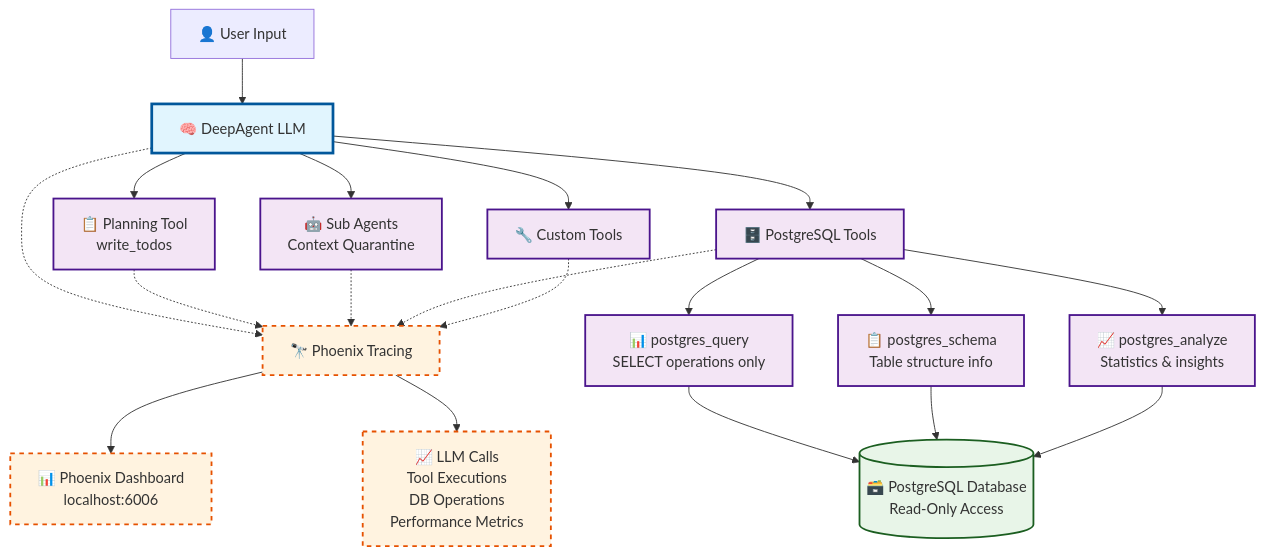
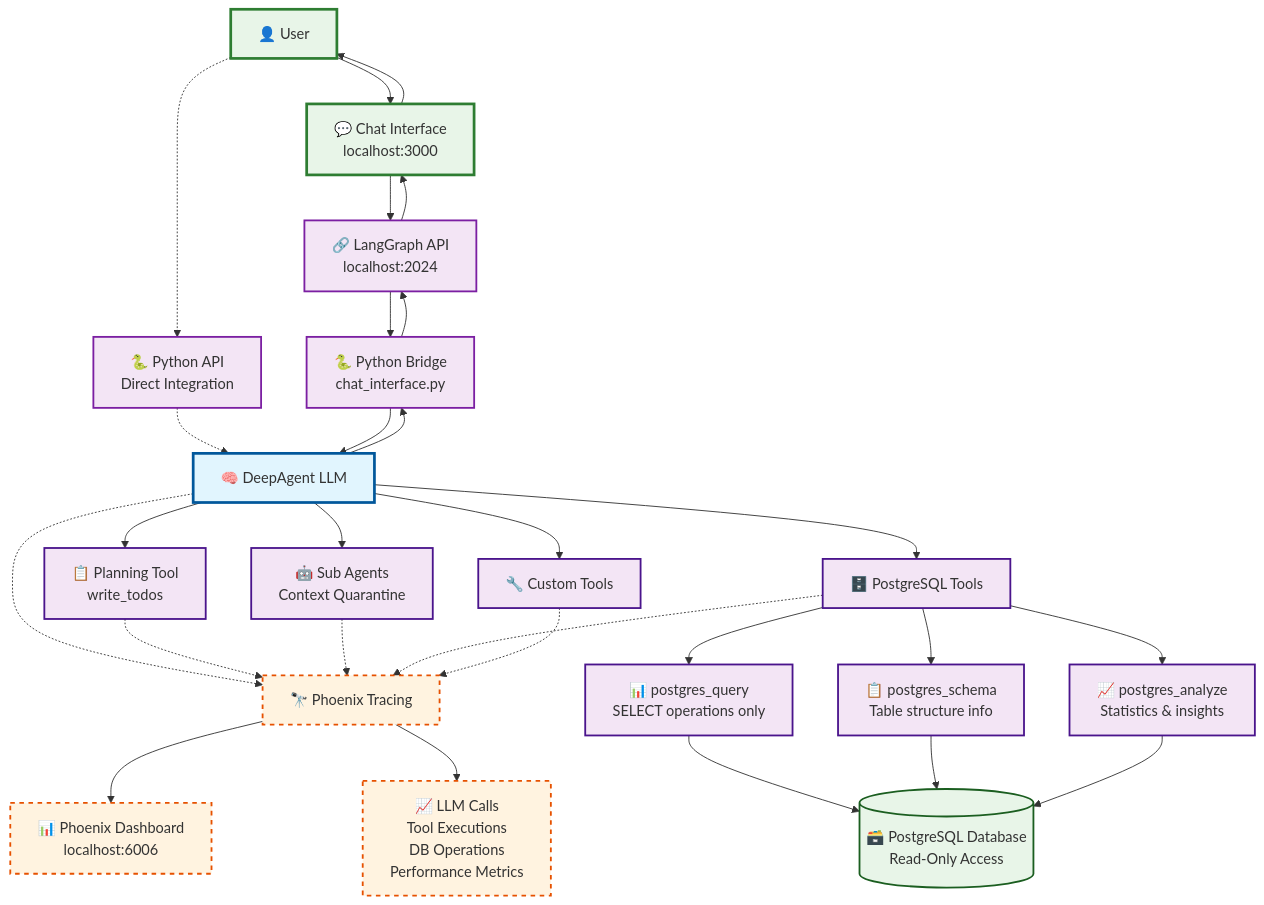
The diagram in README.md (csreekrishna/deepagent_postgres), drawn with Mermaid before and after one commit. The commit also changed other lines of this file, not shown here.

First line of the commit message:
docs: Complete documentation overhaul for Chat UI integration

````diff
--- a/README.md
+++ b/README.md
@@ -10,38 +23,58 @@
 ```mermaid
 graph TB
-    User[👤 User Input] --> Agent[🧠 DeepAgent LLM]
+    %% Chat Interface Path
+    User[👤 User] --> ChatUI[💬 Chat Interface<br/>localhost:3000]
+    ChatUI --> LangGraphAPI[🔗 LangGraph API<br/>localhost:2024]
+    LangGraphAPI --> PythonBridge[🐍 Python Bridge<br/>chat_interface.py]
+    
+    %% Direct Python Path
+    User -.-> PythonAPI[🐍 Python API<br/>Direct Integration]
+    PythonAPI -.-> Agent
+    
+    %% Core DeepAgent Architecture
+    PythonBridge --> Agent[🧠 DeepAgent LLM]
     
     Agent --> Planning[📋 Planning Tool<br/>write_todos]
     Agent --> SubAgent[🤖 Sub Agents<br/>Context Quarantine]
     Agent --> DBTools[🗄️ PostgreSQL Tools]
     Agent --> CustomTools[🔧 Custom Tools]
     
     DBTools --> Query[📊 postgres_query<br/>SELECT operations only]
     DBTools --> Schema[📋 postgres_schema<br/>Table structure info]
     DBTools --> Analyze[📈 postgres_analyze<br/>Statistics & insights]
     
     Query --> DB[(🗃️ PostgreSQL Database<br/>Read-Only Access)]
     Schema --> DB
     Analyze --> DB
     
     %% Phoenix Tracing Layer
     Agent -.-> Phoenix[🔭 Phoenix Tracing]
     Planning -.-> Phoenix
     SubAgent -.-> Phoenix
     DBTools -.-> Phoenix
     CustomTools -.-> Phoenix
     
     Phoenix --> Dashboard[📊 Phoenix Dashboard<br/>localhost:6006]
     Phoenix --> Traces[📈 LLM Calls<br/>Tool Executions<br/>DB Operations<br/>Performance Metrics]
     
+    %% Response Flow
+    Agent --> PythonBridge
+    PythonBridge --> LangGraphAPI
+    LangGraphAPI --> ChatUI
+    ChatUI --> User
+    
     %% Styling
+    classDef ui fill:#e8f5e8,stroke:#2e7d32,stroke-width:3px
+    classDef api fill:#f3e5f5,stroke:#7b1fa2,stroke-width:2px
     classDef llm fill:#e1f5fe,stroke:#01579b,stroke-width:3px
     classDef tools fill:#f3e5f5,stroke:#4a148c,stroke-width:2px
     classDef db fill:#e8f5e8,stroke:#1b5e20,stroke-width:2px
     classDef tracing fill:#fff3e0,stroke:#e65100,stroke-width:2px,stroke-dasharray: 5 5
     
+    class ChatUI,User ui
+    class LangGraphAPI,PythonBridge,PythonAPI api
     class Agent llm
     class Planning,SubAgent,DBTools,CustomTools,Query,Schema,Analyze tools
     class DB db
     class Phoenix,Dashboard,Traces tracing
 ```
````
